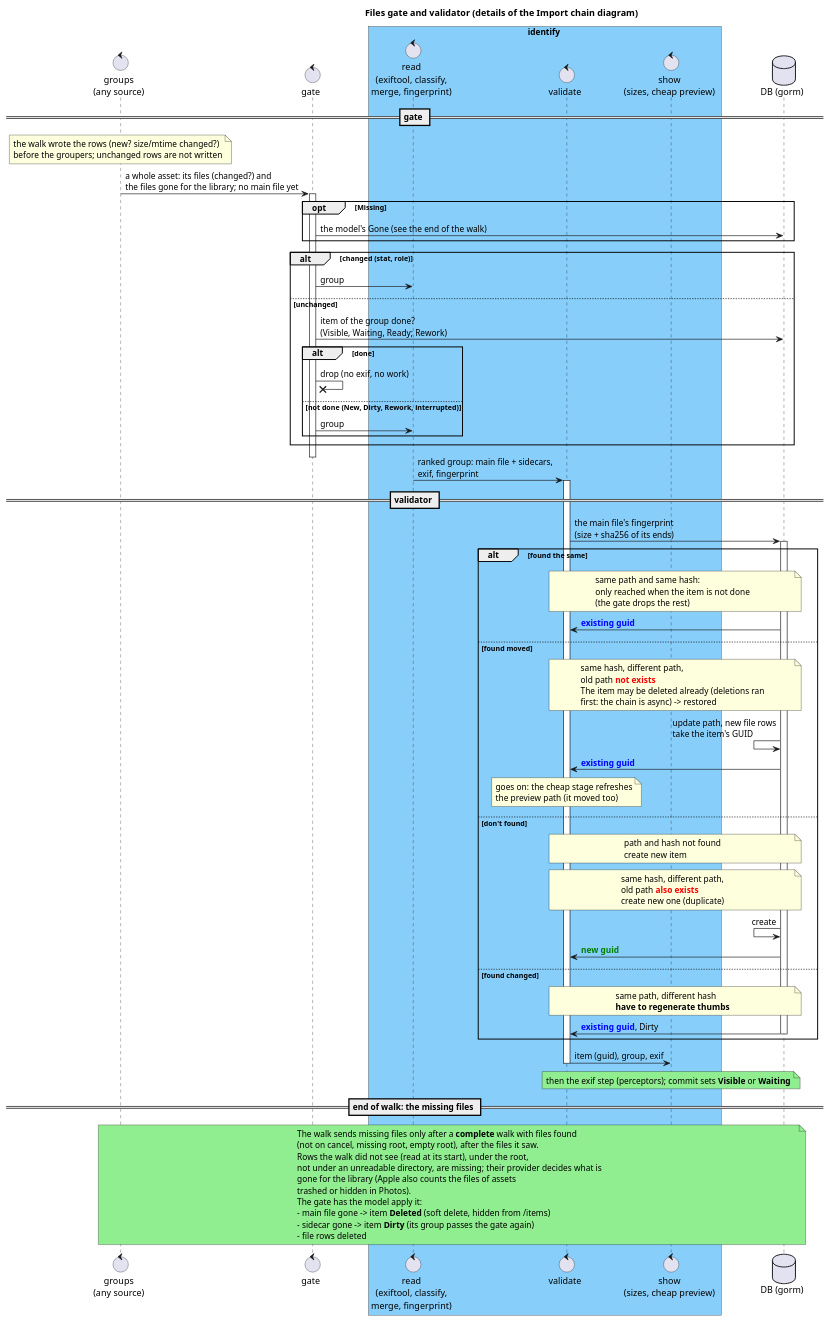
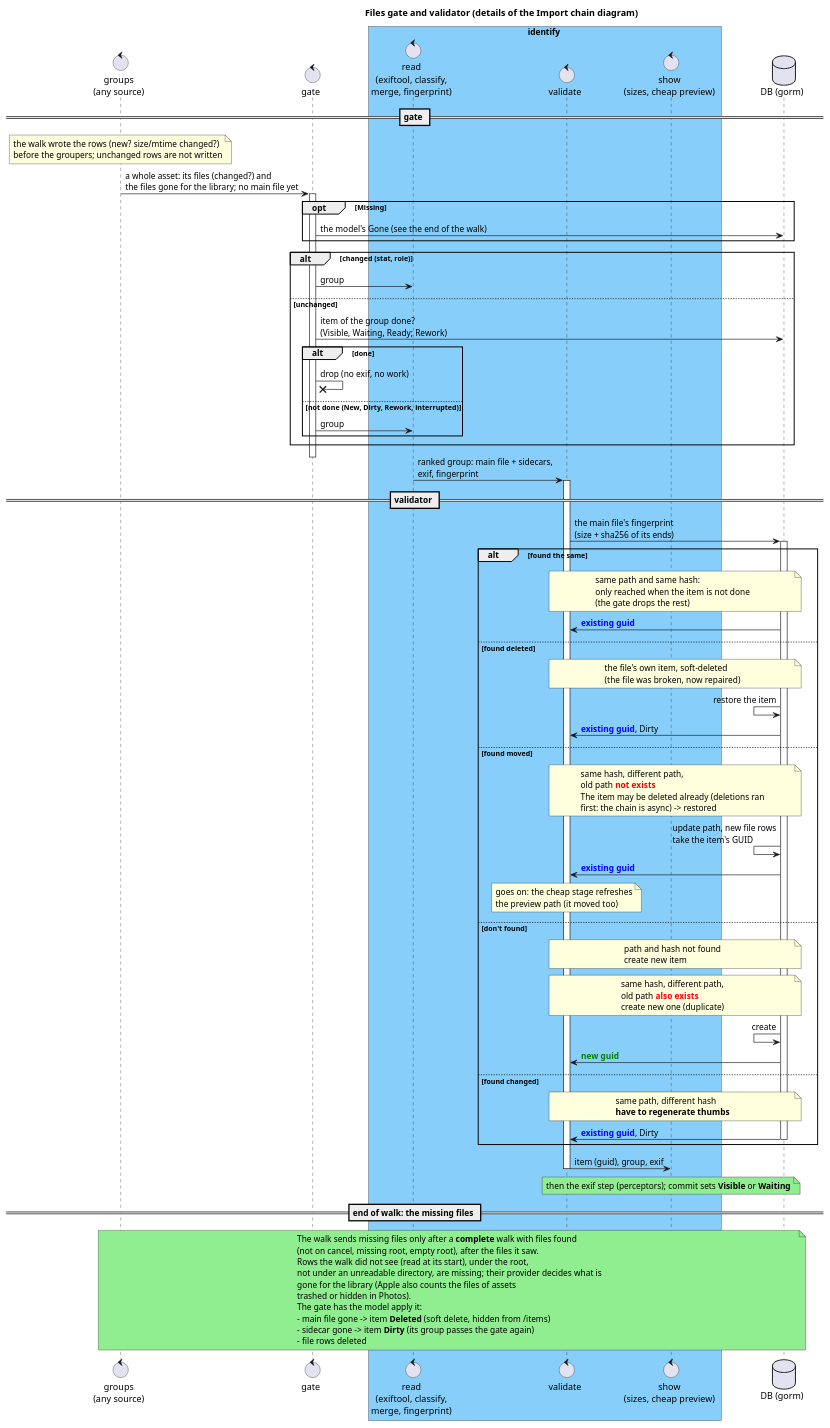
Before and after one commit to eggs-gd/Perceptrail: the diagram in _sb/puml/Walker.puml, drawn with PlantUML. The commit also changed 5 other files, not shown here.

Commit message:
A photo broken, then repaired, comes back as its own item (review: Codex on #7) (#65)

```diff
--- a/_sb/puml/Walker.puml
+++ b/_sb/puml/Walker.puml
@@ -1,104 +1,112 @@
 @startuml Walker and validating
 
 !pragma teoz true
 
 title Files gate and validator (details of the Import chain diagram)
 
 control "groups\n(any source)" as Groups
 control "gate" as Gate
 box identify #LightSkyBlue
 control "read\n(exiftool, classify,\nmerge, fingerprint)" as Exif
 control "validate" as Validator
 control "show\n(sizes, cheap preview)" as Transcode
 end box
 database "DB (gorm)" as DB
 
 == gate ==
 
 note over Groups: the walk wrote the rows (new? size/mtime changed?)\nbefore the groupers; unchanged rows are not written
 Groups -> Gate: a whole asset: its files (changed?) and\nthe files gone for the library; no main file yet
 activate Gate
 opt Missing
     Gate -> DB: the model's Gone (see the end of the walk)
 end
 alt changed (stat, role)
     Gate -> Exif: group
 else unchanged
     Gate -> DB: item of the group done?\n(Visible, Waiting, Ready; Rework)
     alt done
         Gate ->x Gate: drop (no exif, no work)
     else not done (New, Dirty, Rework, interrupted)
         Gate -> Exif: group
     end
 end
 deactivate Gate
 
 Exif -> Validator: ranked group: main file + sidecars,\nexif, fingerprint
 activate Validator
 
 == validator ==
 
 Validator -> DB: the main file's fingerprint\n(size + sha256 of its ends)
 activate DB
 
 alt found the same
     note over Validator, DB
     same path and same hash:
     only reached when the item is not done
     (the gate drops the rest)
     end note
     DB -> Validator: <font color=blue><b>existing guid
+
+else found deleted
+    note over Validator, DB
+    the file's own item, soft-deleted
+    (the file was broken, now repaired)
+    end note
+    DB <- DB: restore the item
+    DB -> Validator: <font color=blue><b>existing guid</b></font>, Dirty
 
 else found moved
     note over Validator, DB
     same hash, different path,
     old path <b><font color=red>not exists
     The item may be deleted already (deletions ran
     first: the chain is async) -> restored
     end note
     DB <- DB: update path, new file rows\ntake the item's GUID
     DB -> Validator: <font color=blue><b>existing guid
     note over Validator: goes on: the cheap stage refreshes\nthe preview path (it moved too)
 
 else don't found
     note over Validator, DB
     path and hash not found
     create new item
     end note
     note over Validator, DB
     same hash, different path,
     old path <b><font color=red>also exists
     create new one (duplicate)
     end note
     DB <- DB: create
     DB -> Validator: <font color=green><b>new guid
 
 else found changed
     note over Validator, DB
     same path, different hash
     <b>have to regenerate thumbs
     end note
     DB -> Validator: <font color=blue><b>existing guid</b></font>, Dirty
     deactivate DB
 end
 
 Validator -> Transcode: item (guid), group, exif
 deactivate Validator
 note over Transcode #LightGreen: then the exif step (perceptors); commit sets <b>Visible</b> or <b>Waiting</b>
 
 == end of walk: the missing files ==
 
 note over Groups, DB #LightGreen
 The walk sends missing files only after a <b>complete</b> walk with files found
 (not on cancel, missing root, empty root), after the files it saw.
 Rows the walk did not see (read at its start), under the root,
 not under an unreadable directory, are missing; their provider decides what is
 gone for the library (Apple also counts the files of assets
 trashed or hidden in Photos).
 The gate has the model apply it:
 - main file gone -> item <b>Deleted</b> (soft delete, hidden from /items)
 - sidecar gone -> item <b>Dirty</b> (its group passes the gate again)
 - file rows deleted
 end note
 
 @enduml
```
